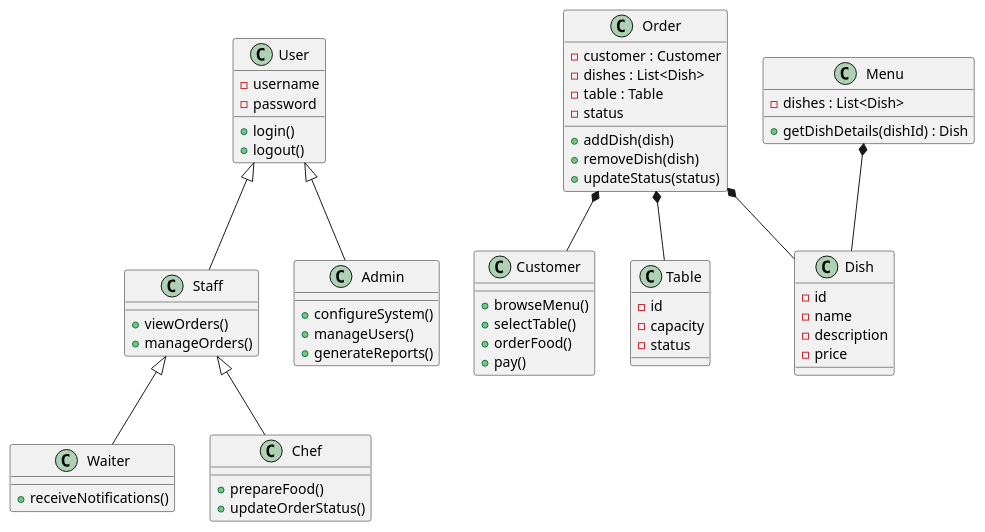
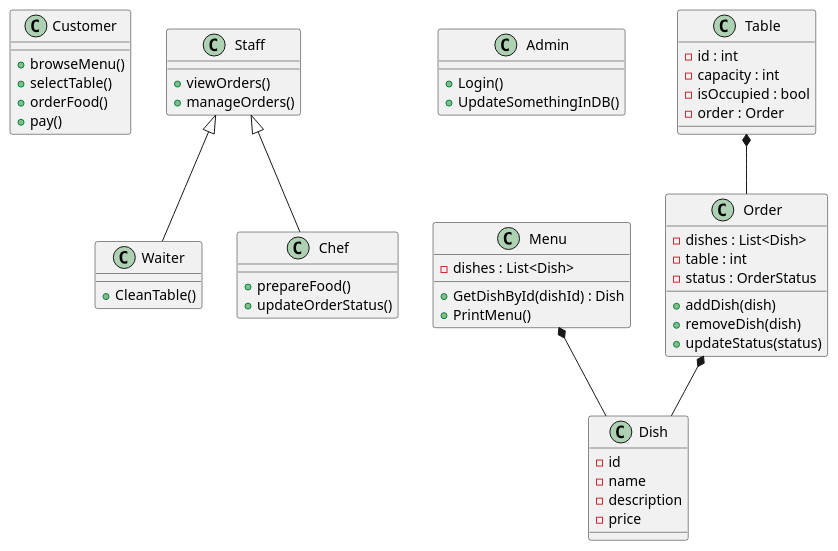
Before and after one commit to barkan33/Systems-Analysis: the diagram in All UML Files/Smart Ordering System/Smart Ordering System - Class Diagram.plantuml, drawn with PlantUML. The commit also changed 33 other files, not shown here.

```diff
--- a/All UML Files/Smart Ordering System/Smart Ordering System - Class Diagram.plantuml
+++ b/All UML Files/Smart Ordering System/Smart Ordering System - Class Diagram.plantuml
@@ -1,70 +1,62 @@
-@startuml
-class User {
-    - username
-    - password
-    + login()
-    + logout()
-}
+@startuml Smart Ordering System - Class Diagram
 
 class Customer {
     + browseMenu()
     + selectTable()
     + orderFood()
     + pay()
 }
 
-class Staff extends User {
+class Staff{
     + viewOrders()
     + manageOrders()
 }
 
 class Waiter extends Staff {
-    + receiveNotifications()
+    + CleanTable()
 }
 
 class Chef extends Staff {
     + prepareFood()
     + updateOrderStatus()
 }
 
-class Admin extends User {
-    + configureSystem()
-    + manageUsers()
-    + generateReports()
+class Admin {
+    + Login()
+    + UpdateSomethingInDB()
 }
 
 class Menu {
     - dishes : List<Dish>
-    + getDishDetails(dishId) : Dish
+    + GetDishById(dishId) : Dish
+    + PrintMenu()
 }
 
 class Dish {
     - id
     - name
     - description
     - price
 }
 
 class Order {
-    - customer : Customer
     - dishes : List<Dish>
-    - table : Table
-    - status
+    - table : int
+    - status : OrderStatus
     + addDish(dish)
     + removeDish(dish)
     + updateStatus(status)
 }
 
 class Table {
-    - id
-    - capacity
-    - status
+    - id : int
+    - capacity : int
+    - isOccupied : bool
+    - order : Order
 }
 
+Order *-- Dish
+Menu *-- Dish
+Table *-- Order
 
-
-Order *-- Customer
-Order *-- Dish
-Order *-- Table
-Menu *-- Dish
 @enduml
```
